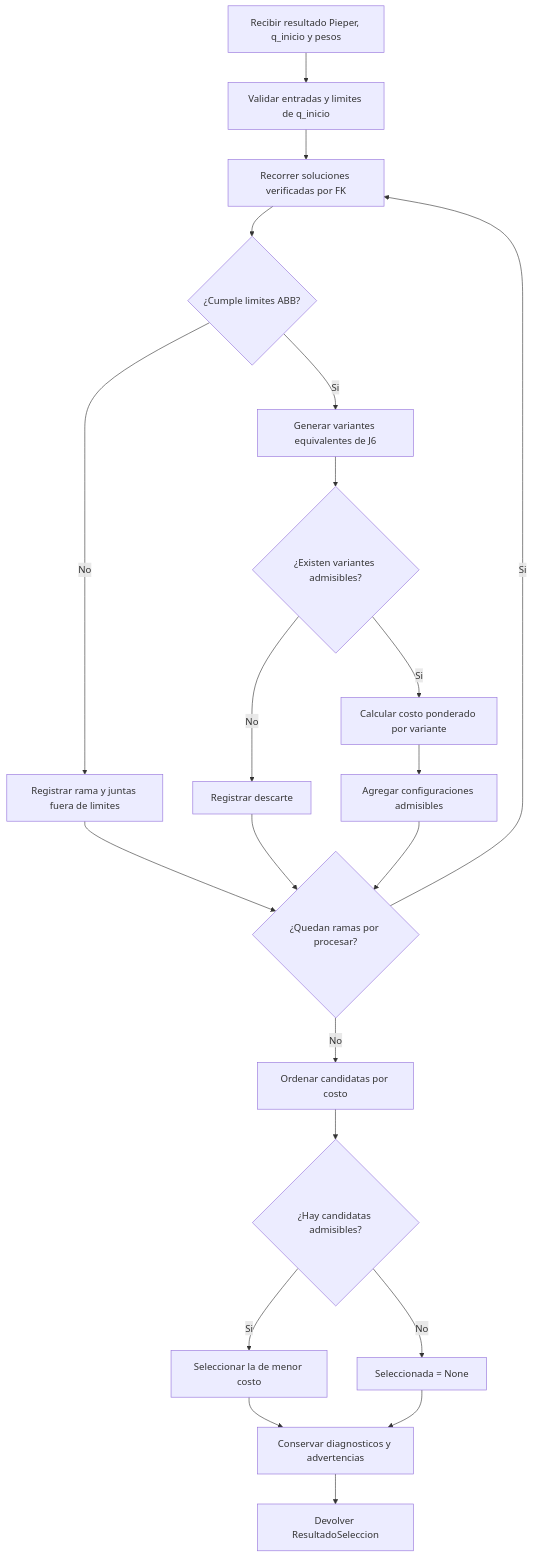
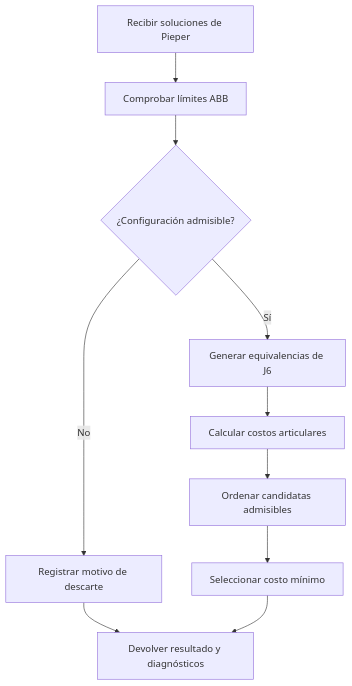
One commit to mario-nina/planificacion-UCB changed the fourth of 8 diagrams in 2-2026/IMT342/equipo/hitos/hito2/docs/diagramas_flujo.md. Above: the diagram before and after it, drawn with Mermaid. The commit also changed other lines of this file and 6 other files, not shown here.

````diff
--- a/2-2026/IMT342/equipo/hitos/hito2/docs/diagramas_flujo.md
+++ b/2-2026/IMT342/equipo/hitos/hito2/docs/diagramas_flujo.md
@@ -273,41 +95,16 @@
 ```mermaid
 flowchart TD
-    A["Recibir resultado Pieper, q_inicio y pesos"]
-    B["Validar entradas y limites de q_inicio"]
-    C["Recorrer soluciones verificadas por FK"]
-    D{"¿Cumple limites ABB?"}
-    E["Registrar rama y juntas fuera de limites"]
-    F["Generar variantes equivalentes de J6"]
-    G{"¿Existen variantes admisibles?"}
-    H["Registrar descarte"]
-    I["Calcular costo ponderado por variante"]
-    J["Agregar configuraciones admisibles"]
-    K{"¿Quedan ramas por procesar?"}
-    L["Ordenar candidatas por costo"]
-    M{"¿Hay candidatas admisibles?"}
-    N["Seleccionar la de menor costo"]
-    O["Seleccionada = None"]
-    P["Conservar diagnosticos y advertencias"]
-    Q["Devolver ResultadoSeleccion"]
+    A["Recibir soluciones de Pieper"]
+    B["Comprobar límites ABB"]
+    C{"¿Configuración admisible?"}
+    D["Registrar motivo de descarte"]
+    E["Generar equivalencias de J6"]
+    F["Calcular costos articulares"]
+    G["Ordenar candidatas admisibles"]
+    H["Seleccionar costo mínimo"]
+    I["Devolver resultado y diagnósticos"]
 
-    A --> B
-    B --> C
-    C --> D
-    D -->|No| E
-    D -->|Si| F
-    E --> K
-    F --> G
-    G -->|No| H
-    G -->|Si| I
-    H --> K
-    I --> J
-    J --> K
-    K -->|Si| C
-    K -->|No| L
-    L --> M
-    M -->|Si| N
-    M -->|No| O
-    N --> P
-    O --> P
-    P --> Q
+    A --> B --> C
+    C -->|No| D --> I
+    C -->|Sí| E --> F --> G --> H --> I
 ```
````
